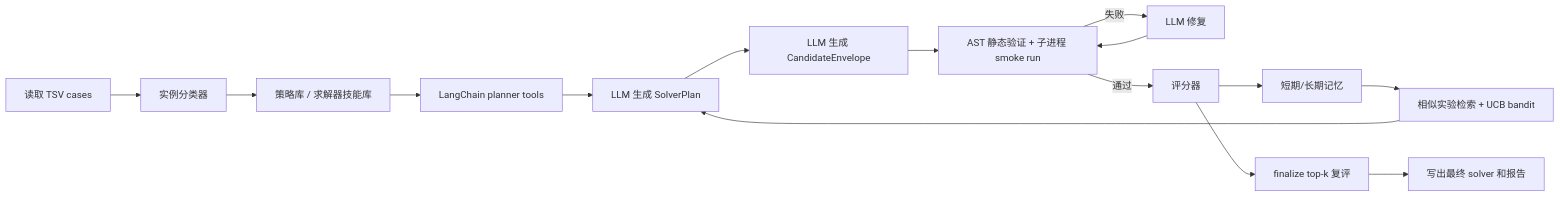
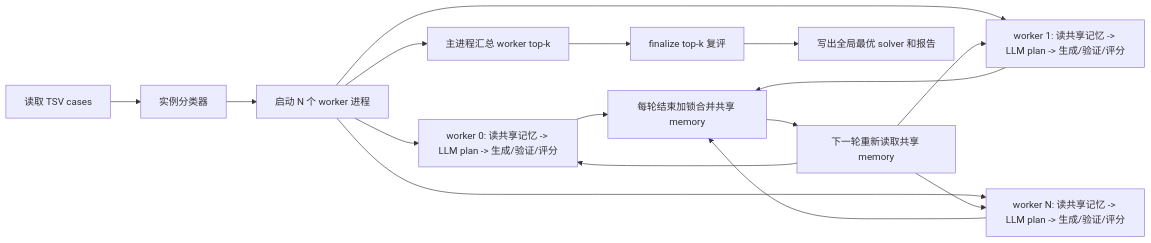
The second of 2 diagrams in README_langchain_agent.md (ling101w/AutoSolver), drawn with Mermaid before and after one commit. The commit also changed other lines of this file and 18 other files, not shown here.

````diff
--- a/README_langchain_agent.md
+++ b/README_langchain_agent.md
@@ -187,17 +188,18 @@
 ```mermaid
 flowchart LR
   A["读取 TSV cases"] --> B["实例分类器"]
-  B --> C["策略库 / 求解器技能库"]
-  C --> D["LangChain planner tools"]
-  D --> E["LLM 生成 SolverPlan"]
-  E --> F["LLM 生成 CandidateEnvelope"]
-  F --> G["AST 静态验证 + 子进程 smoke run"]
-  G -->|失败| H["LLM 修复"]
-  H --> G
-  G -->|通过| I["评分器"]
-  I --> J["短期/长期记忆"]
-  J --> K["相似实验检索 + UCB bandit"]
-  K --> E
-  I --> L["finalize top-k 复评"]
-  L --> M["写出最终 solver 和报告"]
+  B --> E["启动 N 个 worker 进程"]
+  E --> F1["worker 0: 读共享记忆 -> LLM plan -> 生成/验证/评分"]
+  E --> F2["worker 1: 读共享记忆 -> LLM plan -> 生成/验证/评分"]
+  E --> F3["worker N: 读共享记忆 -> LLM plan -> 生成/验证/评分"]
+  F1 --> G["每轮结束加锁合并共享 memory"]
+  F2 --> G
+  F3 --> G
+  G --> H["下一轮重新读取共享 memory"]
+  H --> F1
+  H --> F2
+  H --> F3
+  E --> J["主进程汇总 worker top-k"]
+  J --> I["finalize top-k 复评"]
+  I --> K["写出全局最优 solver 和报告"]
 ```
````
